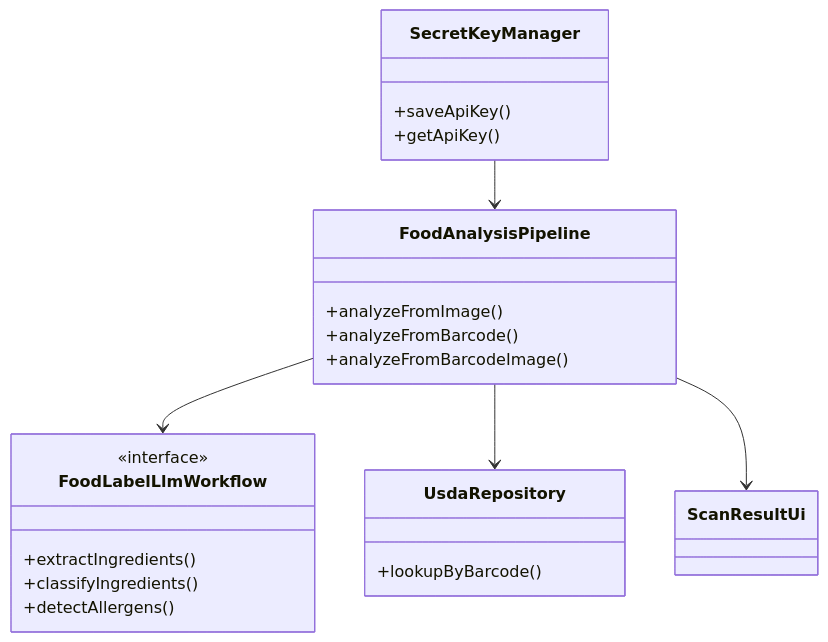
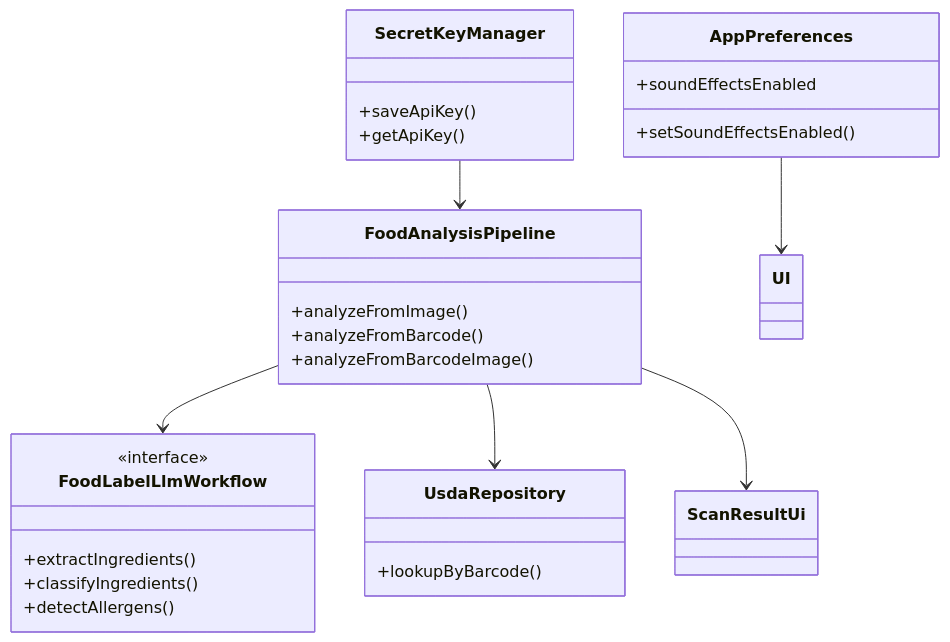
Before and after one commit to benevolentbandwidth/ultraprocessed: the fifth of 5 diagrams in documentation/01-architecture.md, drawn with Mermaid. The commit also changed other lines of this file and 127 other files, not shown here.

````diff
--- a/documentation/01-architecture.md
+++ b/documentation/01-architecture.md
@@ -106,26 +147,31 @@
 ```mermaid
 classDiagram
     class FoodAnalysisPipeline {
         +analyzeFromImage()
         +analyzeFromBarcode()
         +analyzeFromBarcodeImage()
     }
     class FoodLabelLlmWorkflow {
         <<interface>>
         +extractIngredients()
         +classifyIngredients()
         +detectAllergens()
     }
     class UsdaRepository {
         +lookupByBarcode()
     }
     class SecretKeyManager {
         +saveApiKey()
         +getApiKey()
     }
+    class AppPreferences {
+        +soundEffectsEnabled
+        +setSoundEffectsEnabled()
+    }
     class ScanResultUi
     FoodAnalysisPipeline --> FoodLabelLlmWorkflow
     FoodAnalysisPipeline --> UsdaRepository
     FoodAnalysisPipeline --> ScanResultUi
     SecretKeyManager --> FoodAnalysisPipeline
+    AppPreferences --> UI
 ```
````
